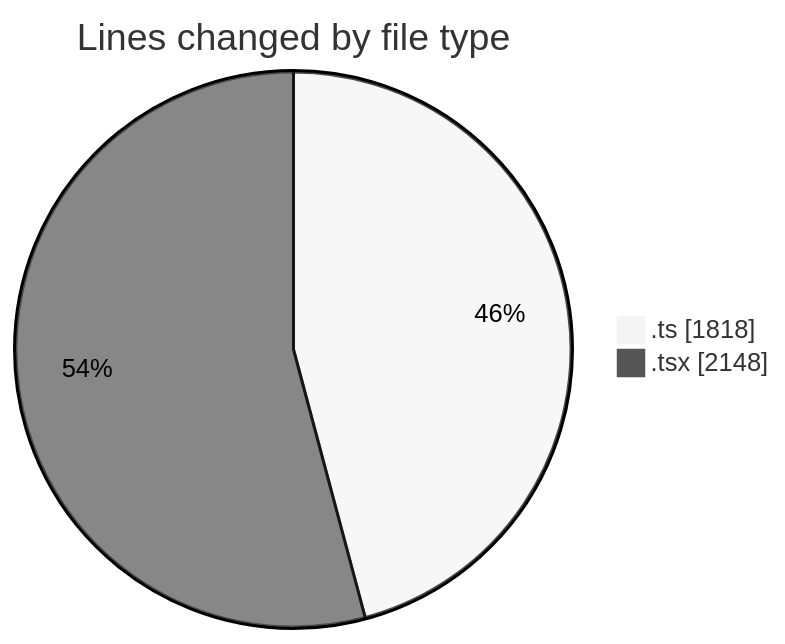
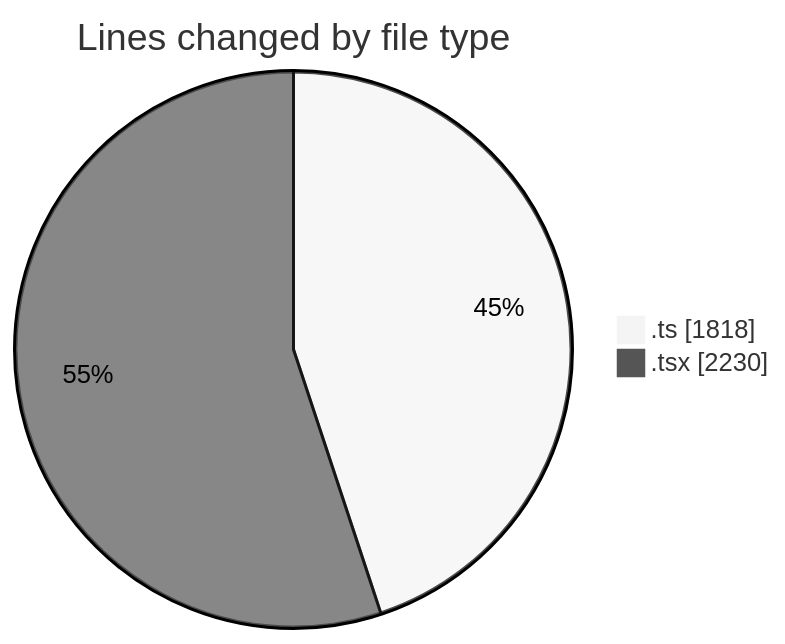
Before and after one commit to nxtqubesakshisongat/code-tracking: the first of 2 diagrams in 2026-03-13/nxtqube_webapp/README.md, drawn with Mermaid (neutral theme). The commit also changed other lines of this file and 1 other file, not shown here.

````diff
--- a/2026-03-13/nxtqube_webapp/README.md
+++ b/2026-03-13/nxtqube_webapp/README.md
@@ -21,6 +21,6 @@
 ```mermaid
 pie showData
 title Lines changed by file type
 ".ts" : 1818
-".tsx" : 2148
+".tsx" : 2230
 ```
````
